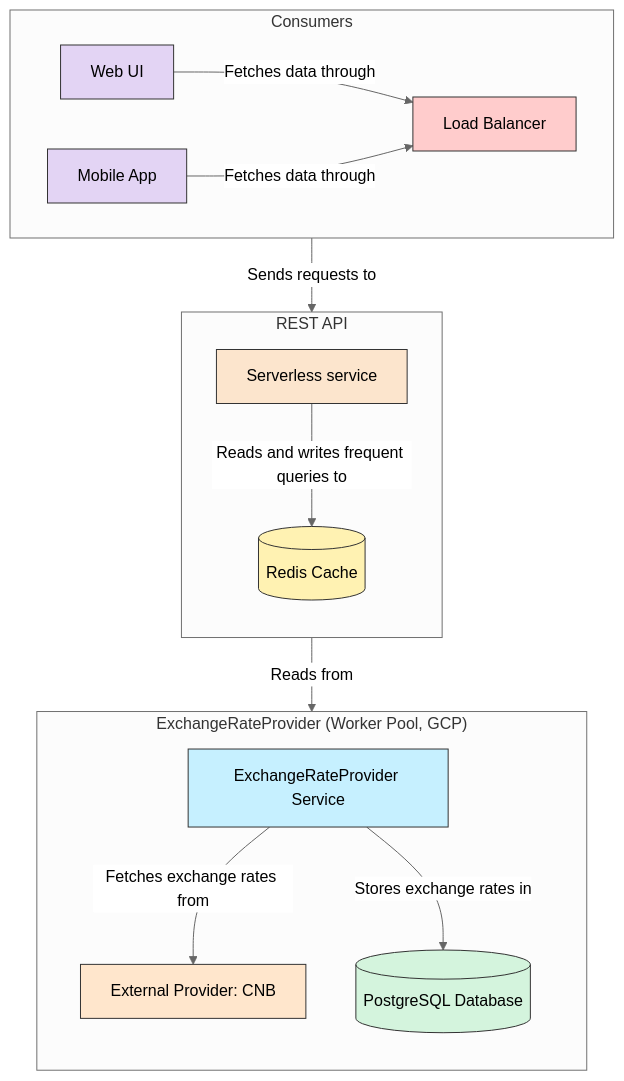
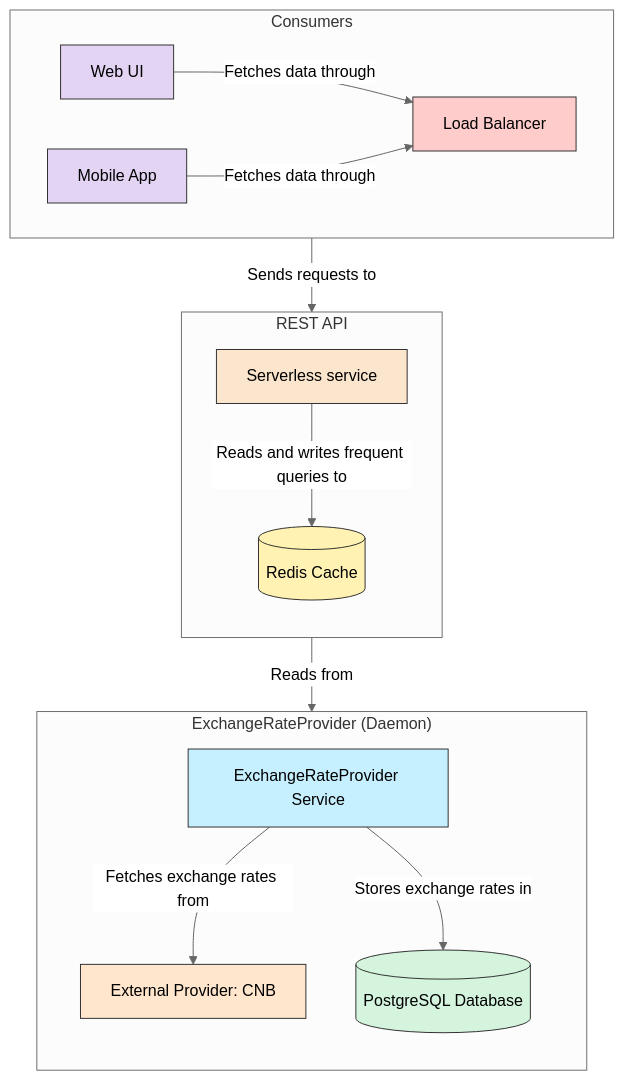
The first of 2 diagrams in jobs/Backend/Readme.md (MewsSystems/developers), drawn with Mermaid (neutral theme) before and after one commit. The commit also changed 5 other files, not shown here.

````diff
--- a/jobs/Backend/Readme.md
+++ b/jobs/Backend/Readme.md
@@ -53,45 +53,45 @@
 ```mermaid
 graph TD
 %% Cloud Worker for fetching exchange rates
-    subgraph Cloud_Worker["ExchangeRateProvider (Worker Pool, GCP)"]
+    subgraph Cloud_Worker["ExchangeRateProvider (Daemon)"]
         direction TB
         ER[ExchangeRateProvider Service]:::worker
         ER -->|Fetches exchange rates from| CNB[External Provider: CNB]:::external
         ER -->|Stores exchange rates in| PDB[(PostgreSQL Database)]:::db
     end
 
 %% API Layer
     subgraph API_Layer["REST API"]
         direction TB
         API[Serverless service]:::api
         API -->|Reads from| PDB
         API -->|Reads and writes frequent queries to| REDIS[(Redis Cache)]:::cache
     end
 
 %% Frontend Layer
     subgraph Frontend["Consumers"]
         direction LR
         LB[Load Balancer]:::lb
         WebUI[Web UI]:::ui
         MobileApp[Mobile App]:::ui
         LB -->|Sends requests to| API
         WebUI -->|Fetches data through| LB
         MobileApp -->|Fetches data through| LB
     end
 
 %% Styling
     classDef worker fill: #c6f0ff, stroke: #333, stroke-width: 1px;
     classDef db fill: #d4f4dd, stroke: #333, stroke-width: 1px;
     classDef api fill: #fce5cd, stroke: #333, stroke-width: 1px;
     classDef cache fill: #fff2b2, stroke: #333, stroke-width: 1px;
     classDef ui fill: #e3d4f4, stroke: #333, stroke-width: 1px;
     classDef lb fill: #ffcccc, stroke: #333, stroke-width: 1px;
     classDef external fill: #ffe6cc, stroke: #333, stroke-width: 1px;
 
 %% Comments
 %% ExchangeRateProvider fetches data from CNB and stores it in PostgreSQL
 %% REST API reads data from PostgreSQL and reads/writes cache in Redis
 %% Load Balancer sends requests from consumers to REST API
 %% Web UI and Mobile App fetch data from Load Balancer using React Query for caching
 
 ```
````
